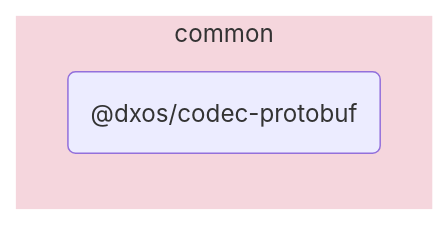
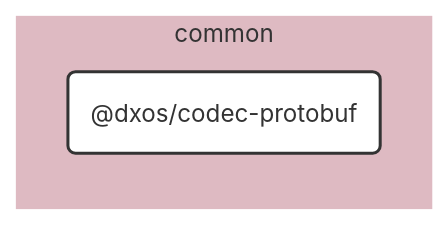
Before and after one commit to dxos/dxos: the diagram in packages/common/codec-protobuf/docs/README.md, drawn with Mermaid. The commit also changed other lines of this file and 109 other files, not shown here.

````diff
--- a/packages/common/codec-protobuf/docs/README.md
+++ b/packages/common/codec-protobuf/docs/README.md
@@ -5,9 +7,25 @@
 ```mermaid
-flowchart LR;
+%%{ init: {'flowchart':{'curve':'basis'}} }%%
 
+flowchart LR
+
+%% Links
+
+%% Sections
 subgraph common
-  style common fill:#f5d6dd,stroke:#fff;
-  dxos/codec-protobuf("@dxos/codec-protobuf");
+  style common fill:#debac2,stroke:#fff;
+
+  dxos/codec-protobuf("@dxos/codec-protobuf")
 end
 
+
+%% Hyperlinks
+
+%% Styles
+classDef rootNode fill:#fff,stroke:#333,stroke-width:2px
+classDef defaultNode fill:#fff,stroke:#333,stroke-width:1px
+linkStyle default stroke:#333,stroke-width:1px
+
+dxos/codec-protobuf:::rootNode
+
 ```
````
